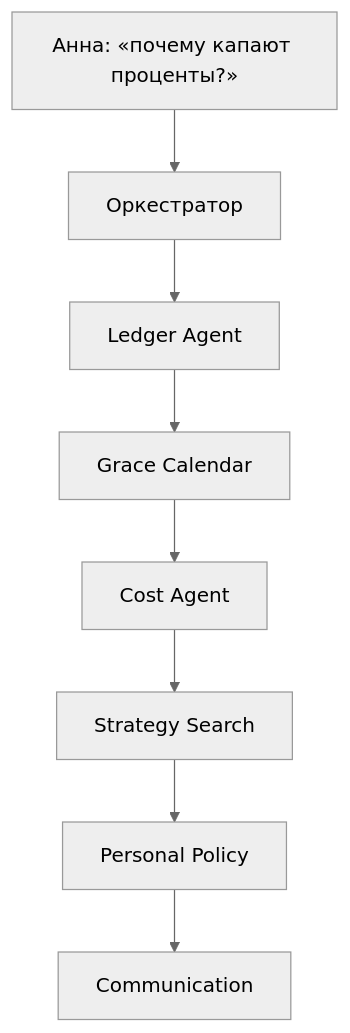
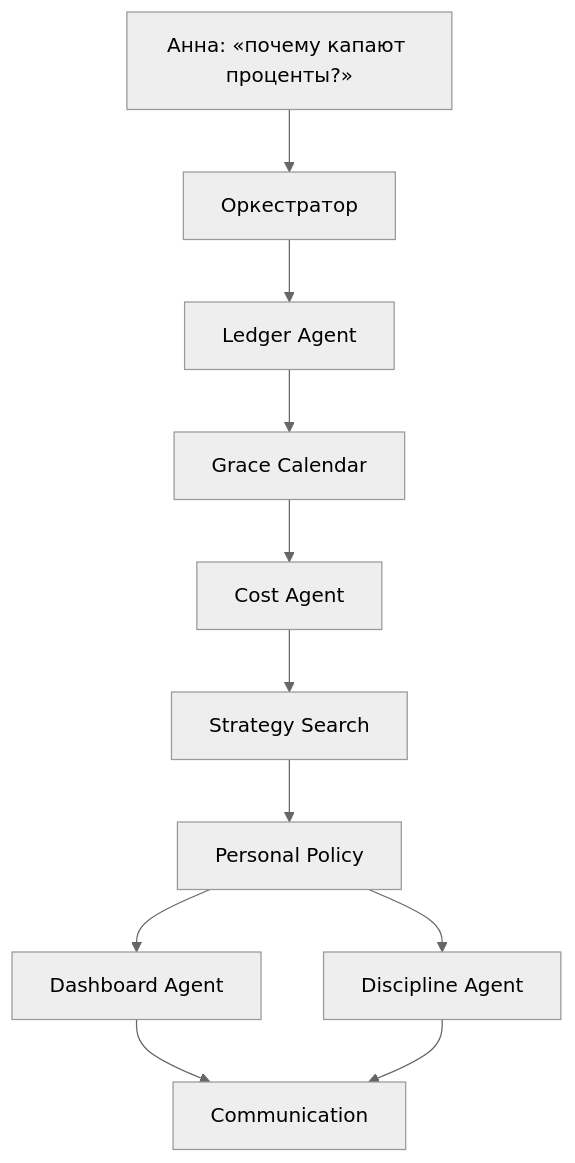
Before and after one commit to evgeniy-borisov/vairl: the second of 3 diagrams in publications/public/2026-07-15-banking-credit-card-grace-case-ru.md, drawn with Mermaid (neutral theme). The commit also changed other lines of this file and 3 other files, not shown here.

First line of the commit message:
Описать Dashboard Agent и Discipline Agent в кейсе кредитки.

````diff
--- a/publications/public/2026-07-15-banking-credit-card-grace-case-ru.md
+++ b/publications/public/2026-07-15-banking-credit-card-grace-case-ru.md
@@ -328,15 +330,21 @@
 ```mermaid
 flowchart TB
   User["Анна: «почему капают проценты?»"]
   Orch["Оркестратор"]
   Led["Ledger Agent"]
   Grace["Grace Calendar"]
   Cost["Cost Agent"]
   Strat["Strategy Search"]
   Pol["Personal Policy"]
+  Dash["Dashboard Agent"]
+  Disc["Discipline Agent"]
   Comm["Communication"]
 
   User --> Orch
   Orch --> Led --> Grace --> Cost --> Strat
-  Strat --> Pol --> Comm
+  Strat --> Pol
+  Pol --> Dash
+  Pol --> Disc
+  Dash --> Comm
+  Disc --> Comm
 ```
````
